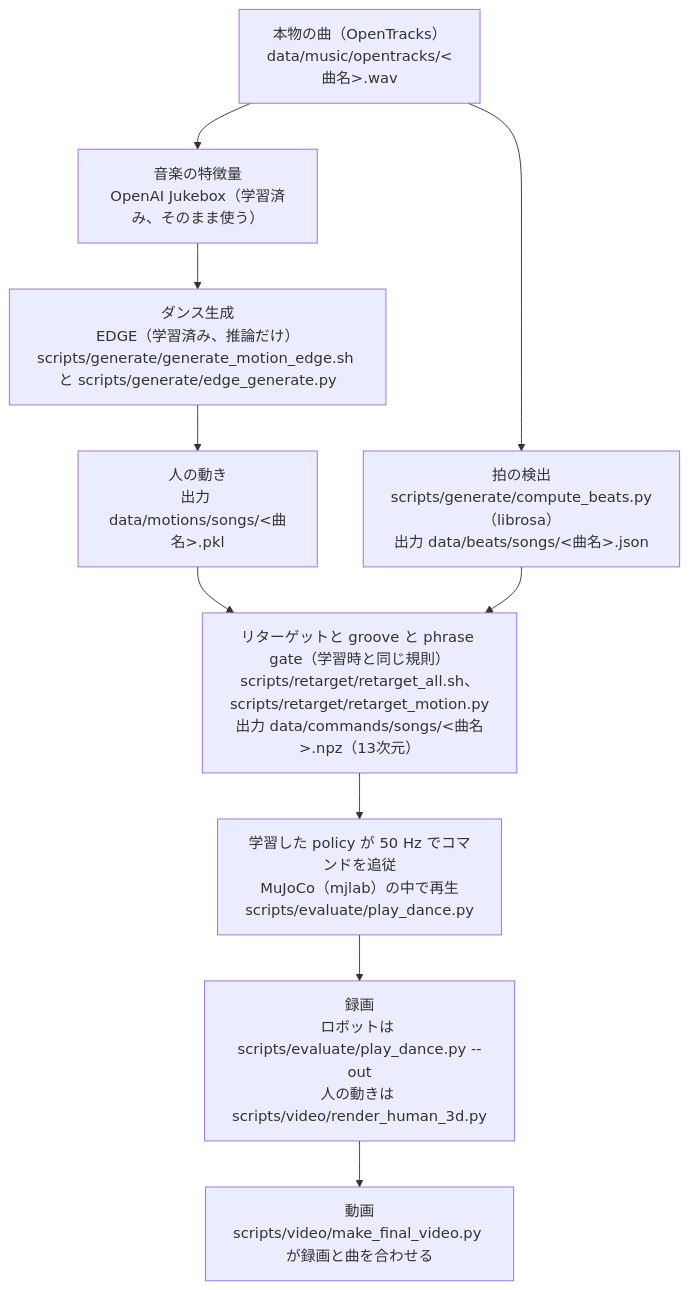
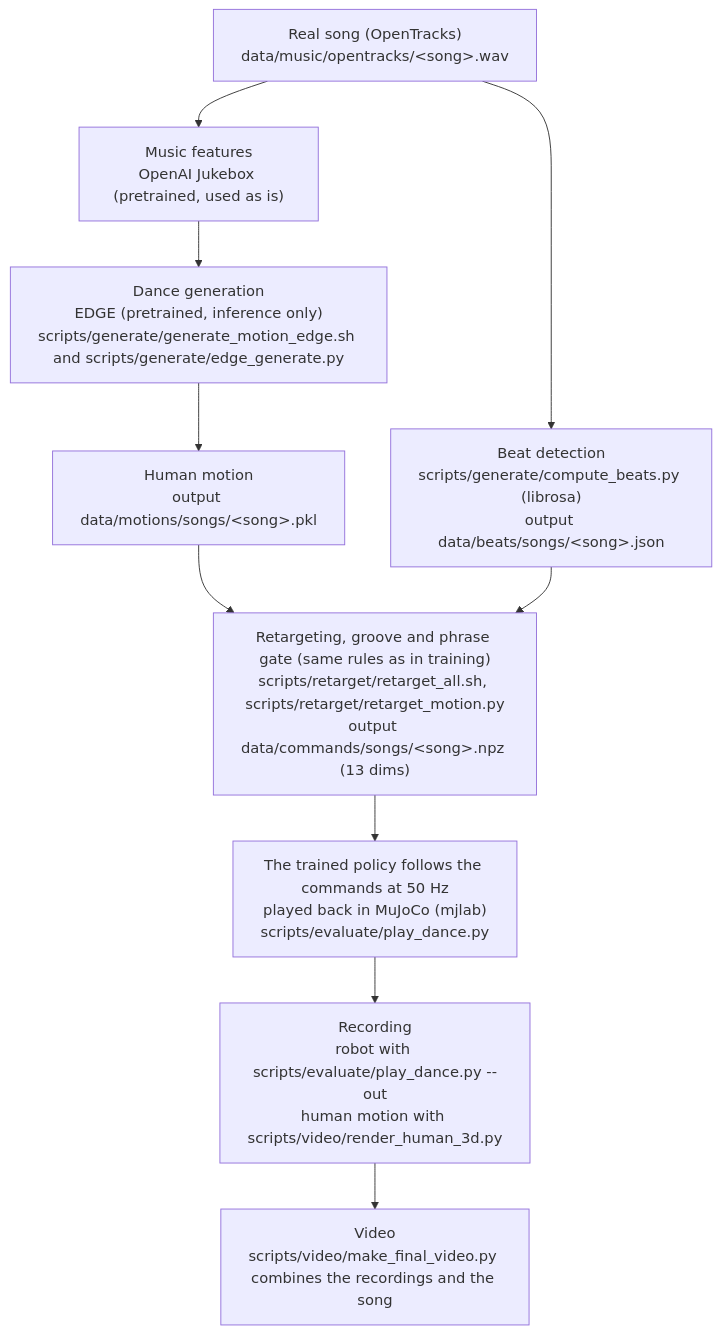
The second of 2 diagrams in dance/README.md (tomomimu12345/microduck-dance), drawn with Mermaid before and after one commit. The commit also changed other lines of this file and 3 other files, not shown here.

````diff
--- a/dance/README.md
+++ b/dance/README.md
@@ -77,21 +79,21 @@
 ```mermaid
 flowchart TD
-    A["本物の曲（OpenTracks）<br/>data/music/opentracks/&lt;曲名&gt;.wav"]
-    B["拍の検出<br/>scripts/generate/compute_beats.py（librosa）<br/>出力 data/beats/songs/&lt;曲名&gt;.json"]
-    C["音楽の特徴量<br/>OpenAI Jukebox（学習済み、そのまま使う）"]
-    D["ダンス生成<br/>EDGE（学習済み、推論だけ）<br/>scripts/generate/generate_motion_edge.sh と scripts/generate/edge_generate.py"]
-    E["人の動き<br/>出力 data/motions/songs/&lt;曲名&gt;.pkl"]
-    F["リターゲットと groove と phrase gate（学習時と同じ規則）<br/>scripts/retarget/retarget_all.sh、scripts/retarget/retarget_motion.py<br/>出力 data/commands/songs/&lt;曲名&gt;.npz（13次元）"]
-    G["学習した policy が 50 Hz でコマンドを追従<br/>MuJoCo（mjlab）の中で再生<br/>scripts/evaluate/play_dance.py"]
-    H["録画<br/>ロボットは scripts/evaluate/play_dance.py --out<br/>人の動きは scripts/video/render_human_3d.py"]
-    I["動画<br/>scripts/video/make_final_video.py が録画と曲を合わせる"]
+    A["Real song (OpenTracks)<br/>data/music/opentracks/&lt;song&gt;.wav"]
+    B["Beat detection<br/>scripts/generate/compute_beats.py (librosa)<br/>output data/beats/songs/&lt;song&gt;.json"]
+    C["Music features<br/>OpenAI Jukebox (pretrained, used as is)"]
+    D["Dance generation<br/>EDGE (pretrained, inference only)<br/>scripts/generate/generate_motion_edge.sh and scripts/generate/edge_generate.py"]
+    E["Human motion<br/>output data/motions/songs/&lt;song&gt;.pkl"]
+    F["Retargeting, groove and phrase gate (same rules as in training)<br/>scripts/retarget/retarget_all.sh, scripts/retarget/retarget_motion.py<br/>output data/commands/songs/&lt;song&gt;.npz (13 dims)"]
+    G["The trained policy follows the commands at 50 Hz<br/>played back in MuJoCo (mjlab)<br/>scripts/evaluate/play_dance.py"]
+    H["Recording<br/>robot with scripts/evaluate/play_dance.py --out<br/>human motion with scripts/video/render_human_3d.py"]
+    I["Video<br/>scripts/video/make_final_video.py combines the recordings and the song"]
     A --> B
     A --> C
     C --> D
     D --> E
     E --> F
     B --> F
     F --> G
     G --> H
     H --> I
 ```
````
